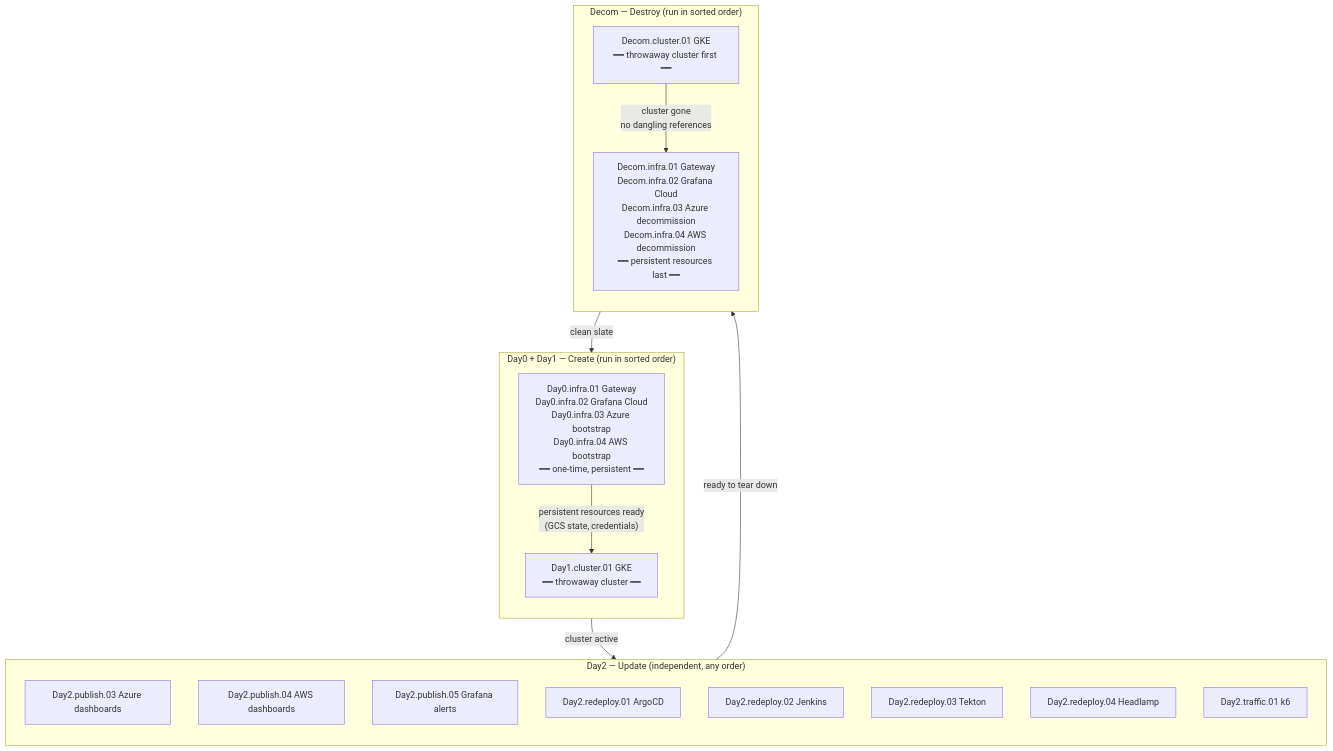
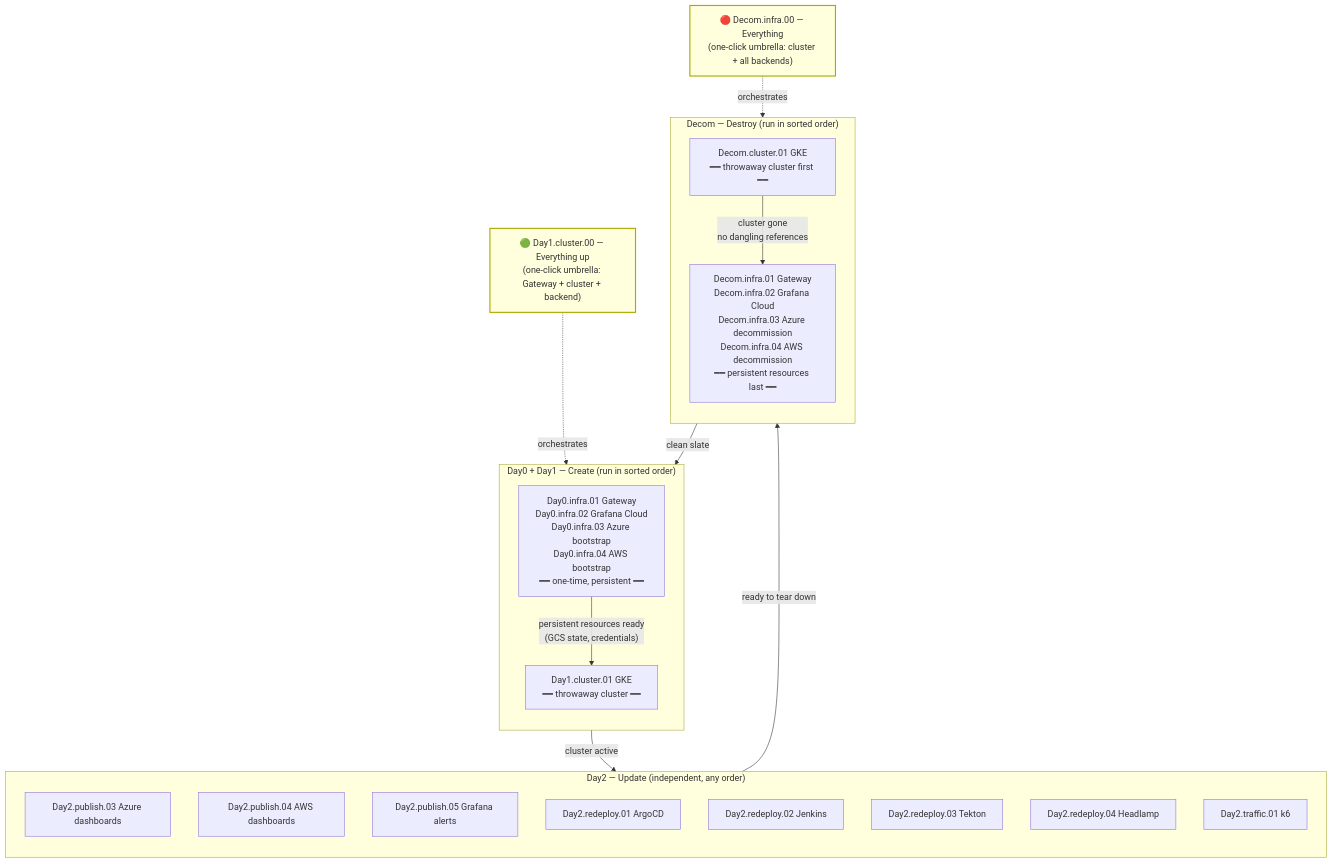
Before and after one commit to nubenetes/jenkins-2026: the first of 3 diagrams in docs/101-GITHUB_ACTIONS_WORKFLOWS.md, drawn with Mermaid. The commit also changed other lines of this file and 5 other files, not shown here.

First line of the commit message:
feat(ci): one-click "Everything up" provision umbrella (Day1.cluster.00)

````diff
--- a/docs/101-GITHUB_ACTIONS_WORKFLOWS.md
+++ b/docs/101-GITHUB_ACTIONS_WORKFLOWS.md
@@ -82,32 +83,39 @@
 ```mermaid
 flowchart TD
     subgraph PHASE0 ["Day0 + Day1 — Create (run in sorted order)"]
         direction TB
         P0_1["Day0.infra.01 Gateway\nDay0.infra.02 Grafana Cloud\nDay0.infra.03 Azure bootstrap\nDay0.infra.04 AWS bootstrap\n━━ one-time, persistent ━━"]
         P0_2["Day1.cluster.01 GKE\n━━ throwaway cluster ━━"]
         P0_1 -->|"persistent resources ready\n(GCS state, credentials)"| P0_2
     end
 
     subgraph PHASE5 ["Day2 — Update (independent, any order)"]
         direction TB
         P5_1a["Day2.publish.03 Azure dashboards"]
         P5_1b["Day2.publish.04 AWS dashboards"]
         P5_1c["Day2.publish.05 Grafana alerts"]
         P5_2z["Day2.redeploy.01 ArgoCD"]
         P5_2a["Day2.redeploy.02 Jenkins"]
         P5_2t["Day2.redeploy.03 Tekton"]
         P5_2b["Day2.redeploy.04 Headlamp"]
         P5_9["Day2.traffic.01 k6"]
     end
 
     subgraph PHASE9 ["Decom — Destroy (run in sorted order)"]
         direction TB
         P9_1["Decom.cluster.01 GKE\n━━ throwaway cluster first ━━"]
         P9_2["Decom.infra.01 Gateway\nDecom.infra.02 Grafana Cloud\nDecom.infra.03 Azure decommission\nDecom.infra.04 AWS decommission\n━━ persistent resources last ━━"]
         P9_1 -->|"cluster gone\nno dangling references"| P9_2
     end
 
+    UP["🟢 Day1.cluster.00 — Everything up\n(one-click umbrella: Gateway + cluster + backend)"]:::umbrella
+    DOWN["🔴 Decom.infra.00 — Everything\n(one-click umbrella: cluster + all backends)"]:::umbrella
+    UP -.->|"orchestrates"| PHASE0
+    DOWN -.->|"orchestrates"| PHASE9
+
     PHASE0 -->|"cluster active"| PHASE5
     PHASE5 -->|"ready to tear down"| PHASE9
     PHASE9 -->|"clean slate"| PHASE0
+
+    classDef umbrella fill:#ffd,stroke:#aa0,stroke-width:2px;
 ```
````
